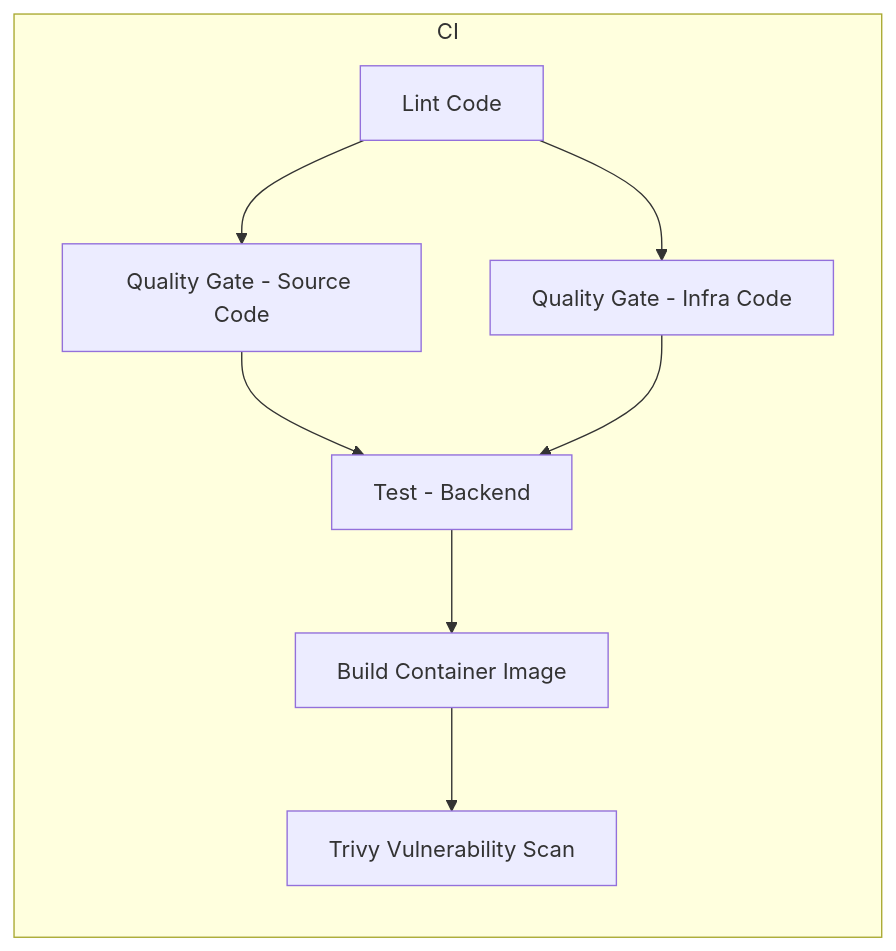
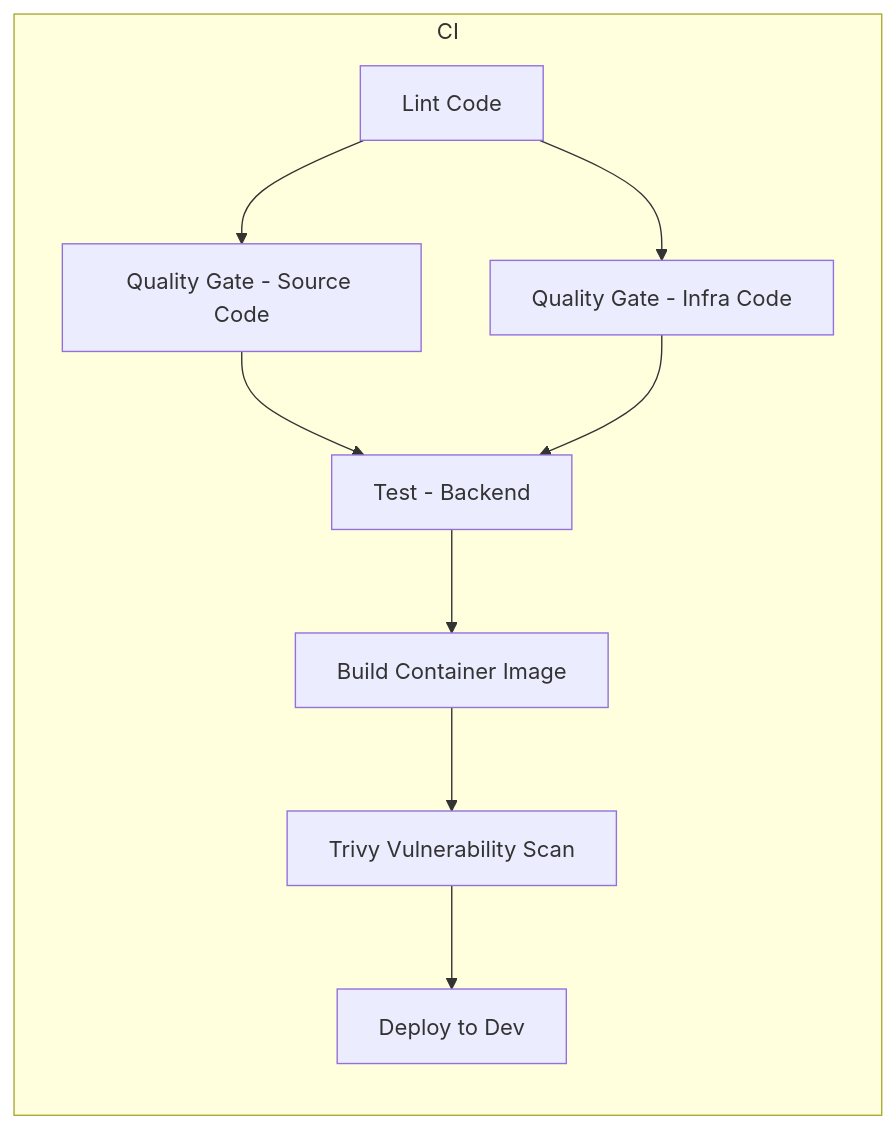
Before and after one commit to rdemoraes/pucrs-tcc-digital-step-flow-backend: the diagram in README.md, drawn with Mermaid. The commit also changed other lines of this file and 2 other files, not shown here.

````diff
--- a/README.md
+++ b/README.md
@@ -113,11 +113,12 @@
 ```mermaid
 flowchart LR
   subgraph CI
     A[Lint Code] --> B[Quality Gate - Source Code]
     A --> C[Quality Gate - Infra Code]
     B --> D[Test - Backend]
     C --> D
     D --> E[Build Container Image]
     E --> F[Trivy Vulnerability Scan]
+    F --> G[Deploy to Dev]
   end
 ```
````
